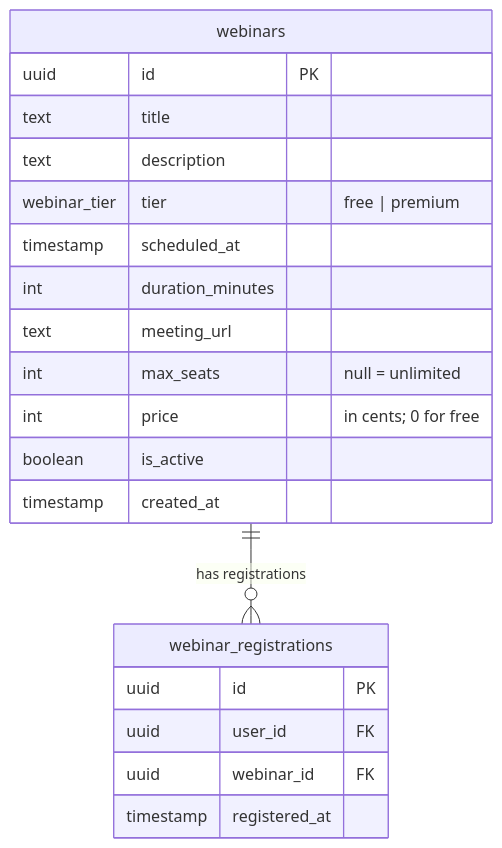
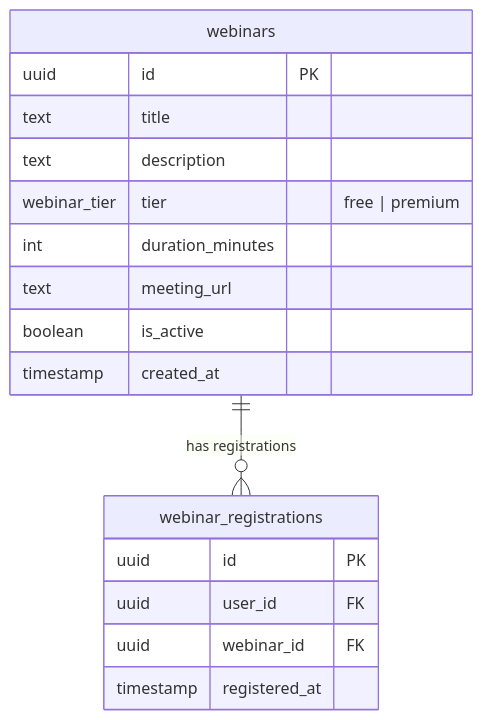
The diagram in docs/webinars.md (hack4impact/mcld-project), drawn with Mermaid before and after one commit. The commit also changed other lines of this file and 2 other files, not shown here.

````diff
--- a/docs/webinars.md
+++ b/docs/webinars.md
@@ -9,25 +9,22 @@
 ```mermaid
 erDiagram
     webinars {
         uuid id PK
         text title
         text description
         webinar_tier tier "free | premium"
-        timestamp scheduled_at
         int duration_minutes
         text meeting_url
-        int max_seats "null = unlimited"
-        int price "in cents; 0 for free"
         boolean is_active
         timestamp created_at
     }
 
     webinar_registrations {
         uuid id PK
         uuid user_id FK
         uuid webinar_id FK
         timestamp registered_at
     }
 
     webinars ||--o{ webinar_registrations : "has registrations"
 ```
````
